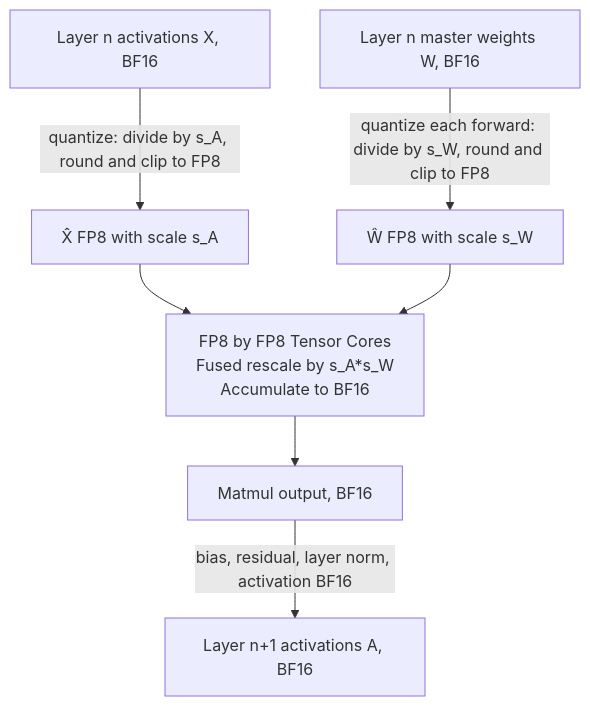
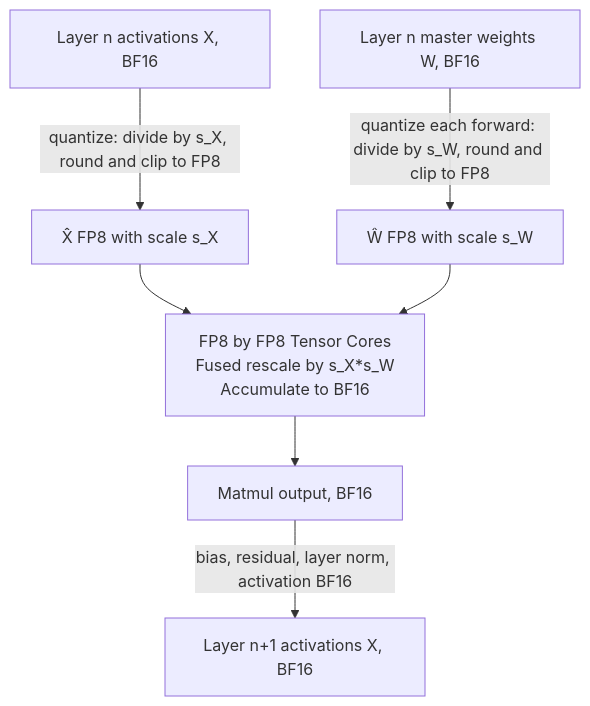
Before and after one commit to romitjain/romitjain.github.io: the second of 2 diagrams in _posts/2025-10-01-Fp8forllms.md, drawn with Mermaid. The commit also changed other lines of this file and 1 other file, not shown here.

````diff
--- a/_posts/2025-10-01-Fp8forllms.md
+++ b/_posts/2025-10-01-Fp8forllms.md
@@ -94,21 +101,21 @@
 ```mermaid
 
 flowchart TD
 
 %% Inputs and master weights
 
-XA[Layer n activations X, BF16] -->|quantize: divide by s_A, round and clip to FP8| Xhat[X̂ FP8 with scale s_A]
+XA[Layer n activations X, BF16] -->|quantize: divide by s_X, round and clip to FP8| Xhat[X̂ FP8 with scale s_X]
 
 Wmaster[Layer n master weights W, BF16] -->|quantize each forward: divide by s_W, round and clip to FP8| What[Ŵ FP8 with scale s_W]
 
   
 
 Xhat --> GEMM
 
 What --> GEMM
 
-GEMM[FP8 by FP8 Tensor Cores<br/>Fused rescale by s_A*s_W<br/>Accumulate to BF16] --> Zbf16[Matmul output, BF16]
+GEMM[FP8 by FP8 Tensor Cores<br/>Fused rescale by s_X*s_W<br/>Accumulate to BF16] --> Zbf16[Matmul output, BF16]
 
-Zbf16 -->|bias, residual, layer norm, activation BF16| Aout[Layer n+1 activations A, BF16]
+Zbf16 -->|bias, residual, layer norm, activation BF16| Aout[Layer n+1 activations X, BF16]
 
 ```
````
